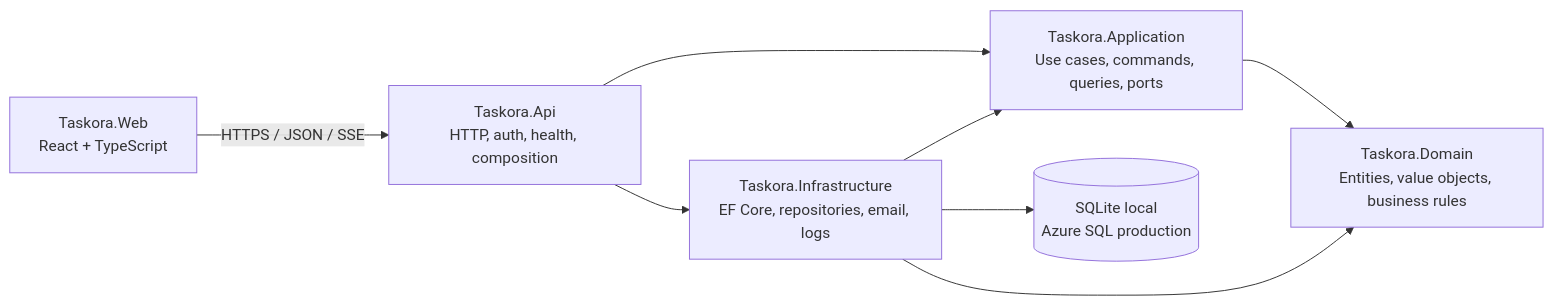
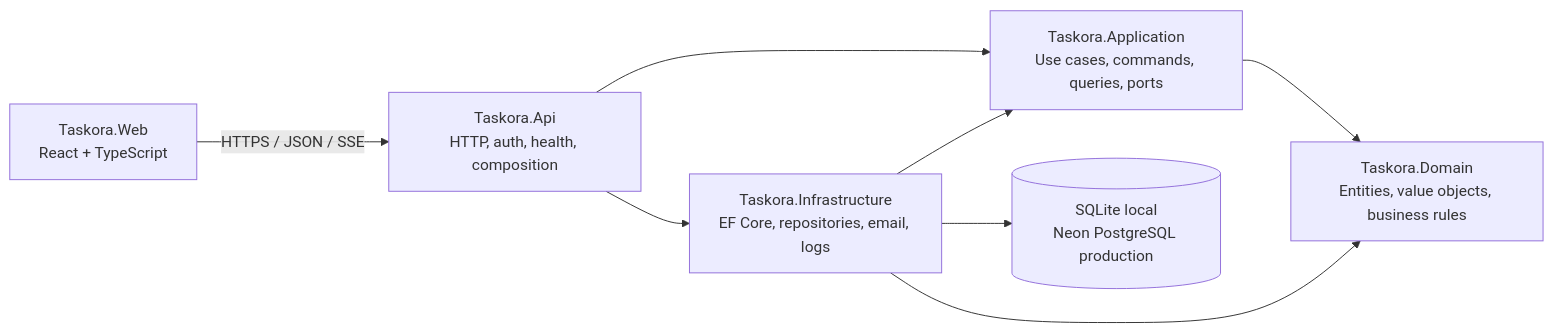
Before and after one commit to bhoyee/TodoApp: the diagram in README.md, drawn with Mermaid. The commit also changed other lines of this file and 6 other files, not shown here.

````diff
--- a/README.md
+++ b/README.md
@@ -90,17 +90,17 @@
 ```mermaid
 flowchart LR
     Web["Taskora.Web<br/>React + TypeScript"]
     Api["Taskora.Api<br/>HTTP, auth, health, composition"]
     Application["Taskora.Application<br/>Use cases, commands, queries, ports"]
     Domain["Taskora.Domain<br/>Entities, value objects, business rules"]
     Infrastructure["Taskora.Infrastructure<br/>EF Core, repositories, email, logs"]
-    Database[("SQLite local<br/>Azure SQL production")]
+    Database[("SQLite local<br/>Neon PostgreSQL production")]
 
     Web -->|HTTPS / JSON / SSE| Api
     Api --> Application
     Api --> Infrastructure
     Application --> Domain
     Infrastructure --> Application
     Infrastructure --> Domain
     Infrastructure --> Database
 ```
````
